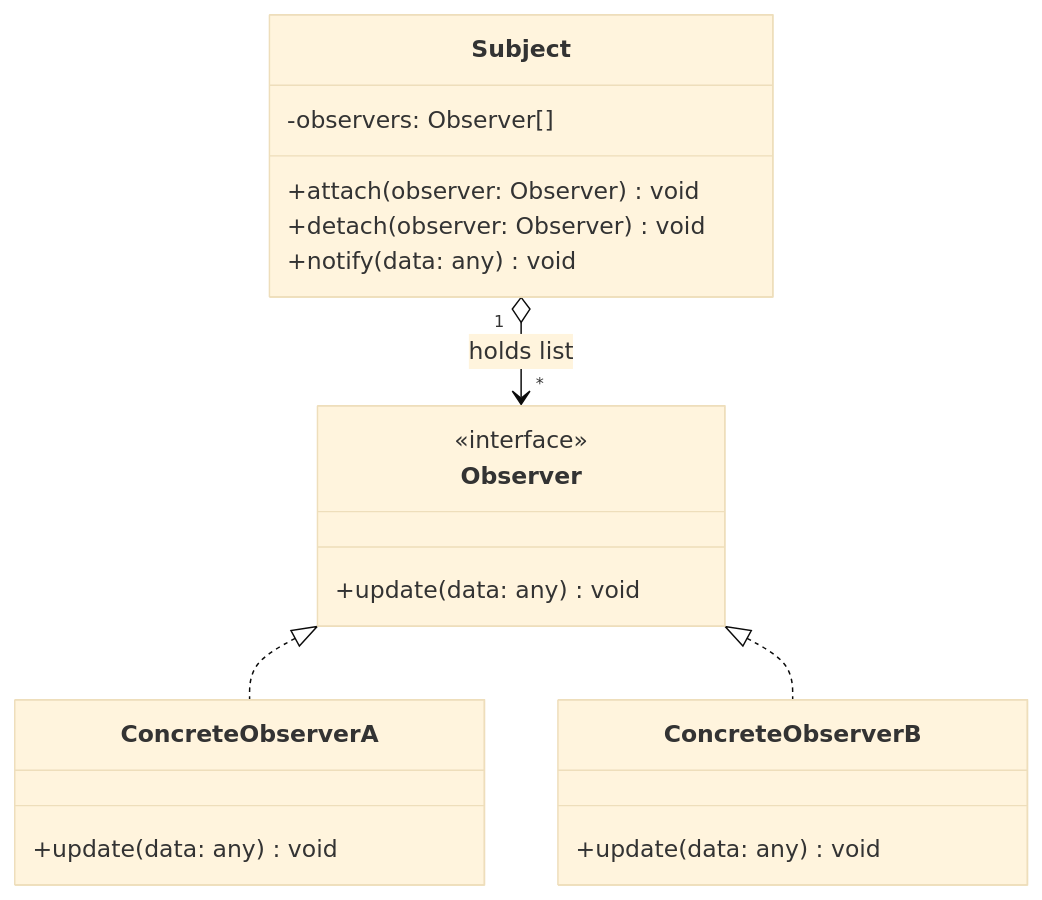
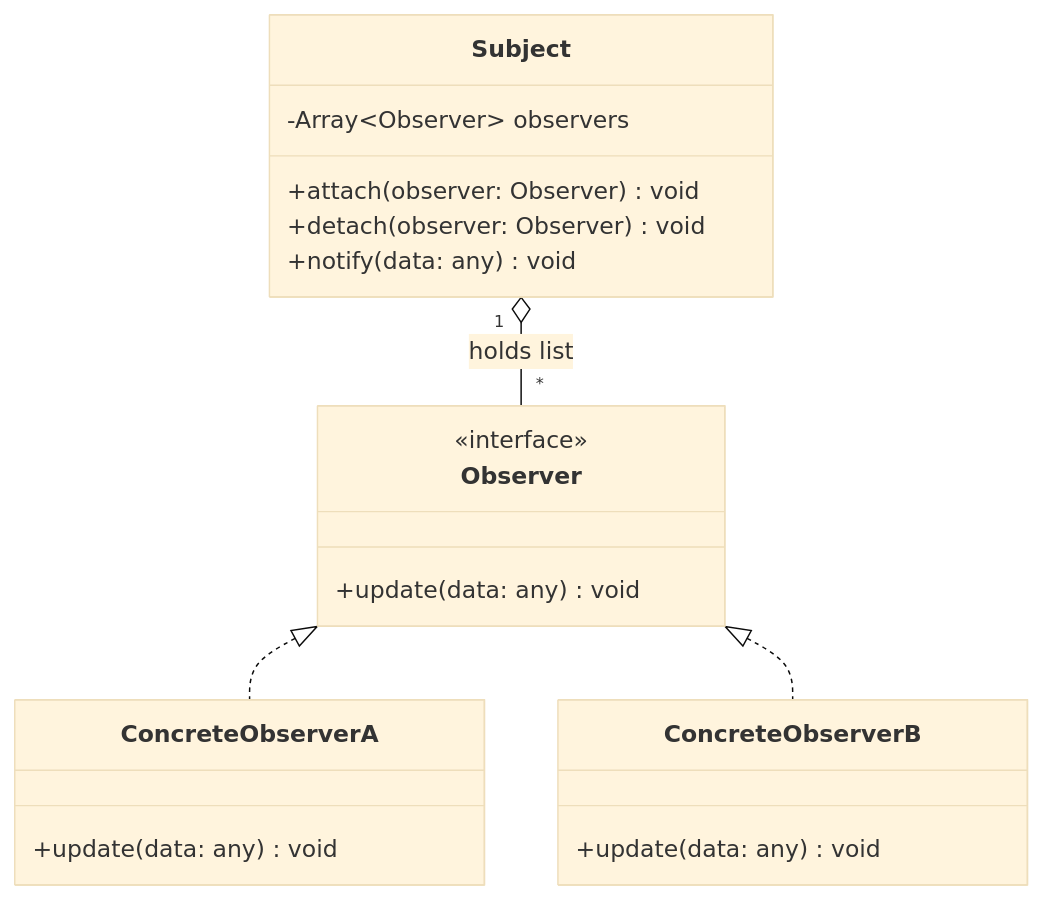
One commit to congphu97/dev-blog-client-2.0 changed the eighth of 12 diagrams in dev-blog-client/docs/DESIGN_PATTERNS_TYPESCRIPT.md. Above: the diagram before and after it, drawn with Mermaid (base theme). The commit also changed other lines of this file and 26 other files, not shown here.

````diff
--- a/dev-blog-client/docs/DESIGN_PATTERNS_TYPESCRIPT.md
+++ b/dev-blog-client/docs/DESIGN_PATTERNS_TYPESCRIPT.md
@@ -554,23 +554,23 @@
 ```mermaid
 classDiagram
     class Subject {
-        -observers: Observer[]
+        -Array~Observer~ observers
         +attach(observer: Observer) void
         +detach(observer: Observer) void
         +notify(data: any) void
     }
     class Observer {
         <<interface>>
         +update(data: any) void
     }
     class ConcreteObserverA {
         +update(data: any) void
     }
     class ConcreteObserverB {
         +update(data: any) void
     }
 
-    Subject "1" o--> "*" Observer : holds list
+    Subject "1" o-- "*" Observer : holds list
     Observer <|.. ConcreteObserverA
     Observer <|.. ConcreteObserverB
 ```
````
